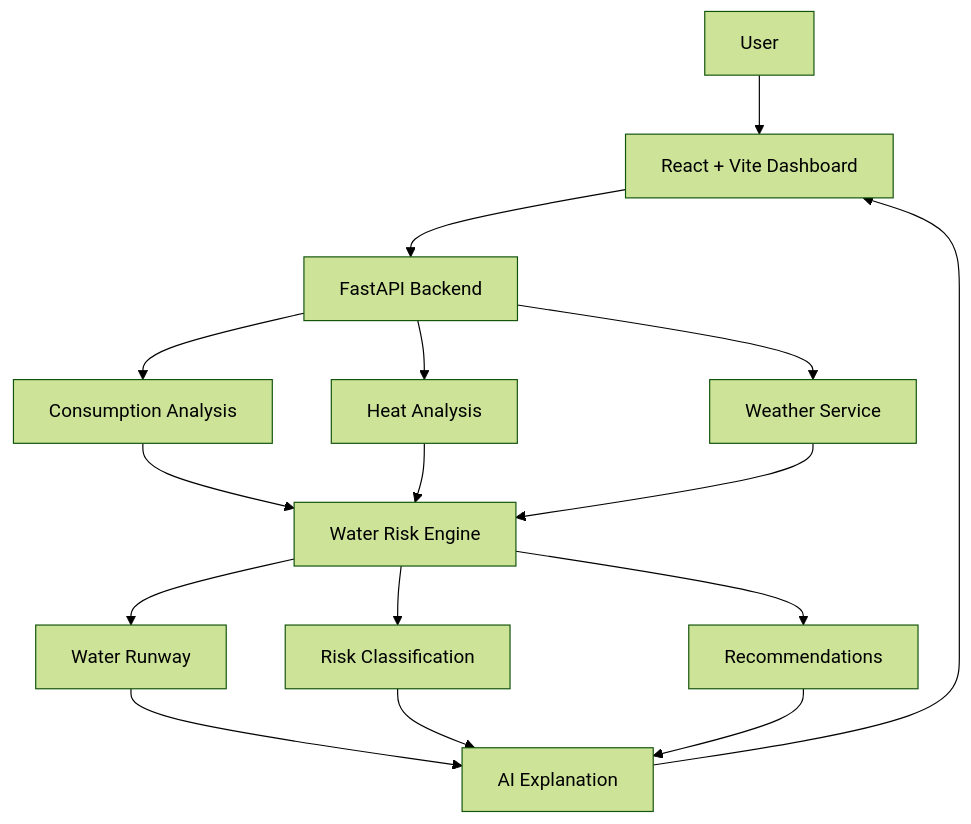
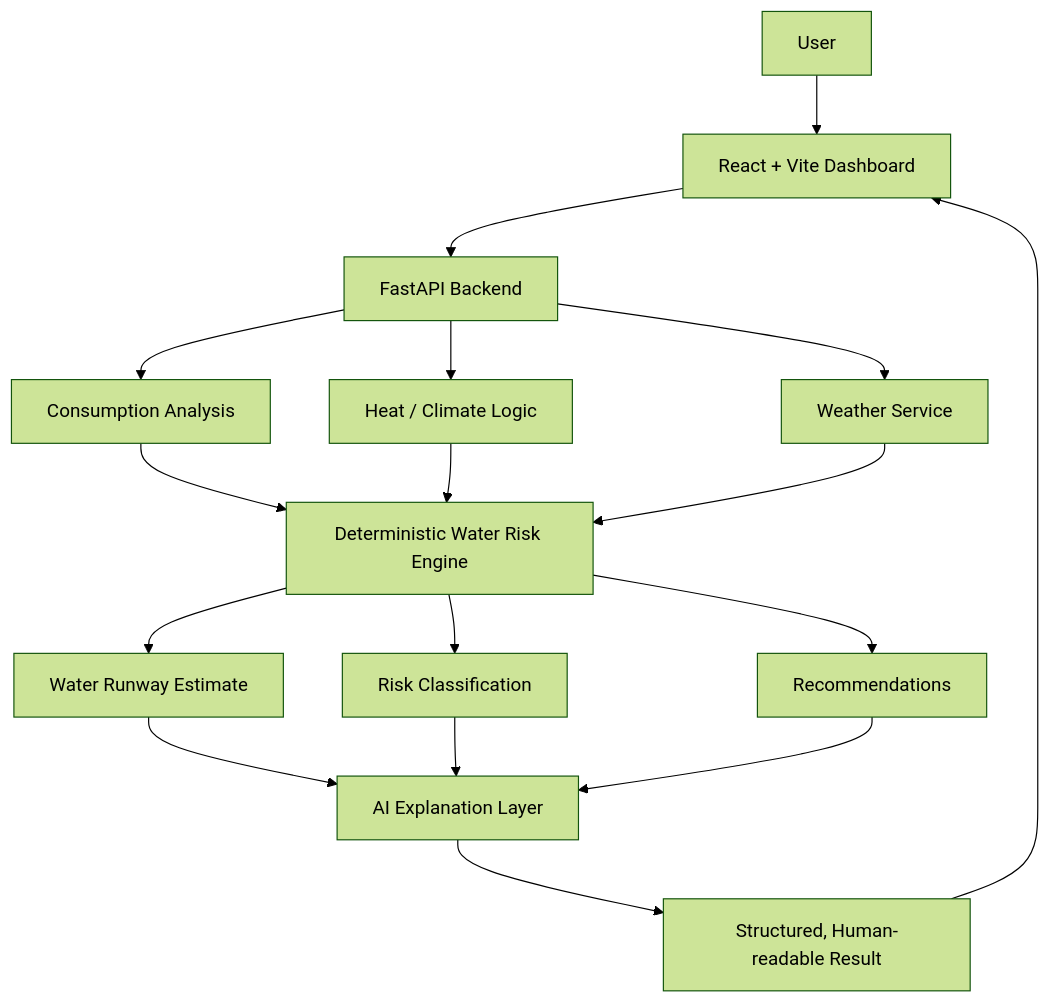
The diagram in README.md (dhanush080607/CURE), drawn with Mermaid (forest theme) before and after one commit. The commit also changed other lines of this file, not shown here.

````diff
--- a/README.md
+++ b/README.md
@@ -106,23 +136,24 @@
 ```mermaid
 flowchart TD
-    A[User] --> B[React + Vite Dashboard]
-    B --> C[FastAPI Backend]
+    U[User] --> FE[React + Vite Dashboard]
+    FE --> API[FastAPI Backend]
 
-    C --> D[Consumption Analysis]
-    C --> E[Heat Analysis]
-    C --> F[Weather Service]
+    API --> C[Consumption Analysis]
+    API --> H[Heat / Climate Logic]
+    API --> W[Weather Service]
 
-    D --> G[Water Risk Engine]
-    E --> G
-    F --> G
+    C --> R[Deterministic Water Risk Engine]
+    H --> R
+    W --> R
 
-    G --> H[Water Runway]
-    G --> I[Risk Classification]
-    G --> J[Recommendations]
+    R --> WR[Water Runway Estimate]
+    R --> RL[Risk Classification]
+    R --> REC[Recommendations]
 
-    H --> K[AI Explanation]
-    I --> K
-    J --> K
+    WR --> AI[AI Explanation Layer]
+    RL --> AI
+    REC --> AI
 
-    K --> B
+    AI --> OUT[Structured, Human-readable Result]
+    OUT --> FE
 ```
````
